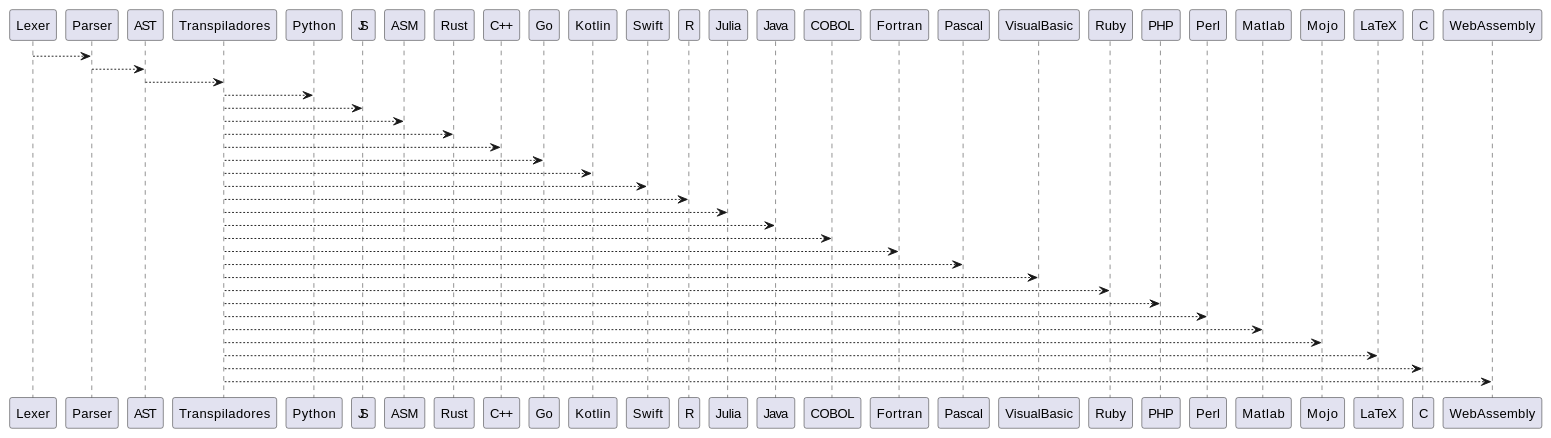
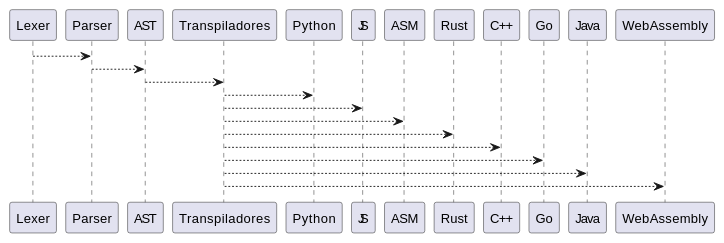
The second of 2 diagrams in docs/estructura_ast.md (Alphonsus411/pCobra), drawn with PlantUML before and after one commit. The commit also changed other lines of this file and 5 other files, not shown here.

````diff
--- a/docs/estructura_ast.md
+++ b/docs/estructura_ast.md
@@ -57,30 +57,15 @@
 ```{uml}
 @startuml
 Lexer --> Parser
 Parser --> AST
 AST --> Transpiladores
 Transpiladores --> Python
 Transpiladores --> JS
 Transpiladores --> ASM
 Transpiladores --> Rust
 Transpiladores --> "C++"
 Transpiladores --> Go
-Transpiladores --> Kotlin
-Transpiladores --> Swift
-Transpiladores --> R
-Transpiladores --> Julia
 Transpiladores --> Java
-Transpiladores --> COBOL
-Transpiladores --> Fortran
-Transpiladores --> Pascal
-Transpiladores --> VisualBasic
-Transpiladores --> Ruby
-Transpiladores --> PHP
-Transpiladores --> Perl
-Transpiladores --> Matlab
-Transpiladores --> Mojo
-Transpiladores --> LaTeX
-Transpiladores --> C
 Transpiladores --> WebAssembly
 @enduml
 ```
````
